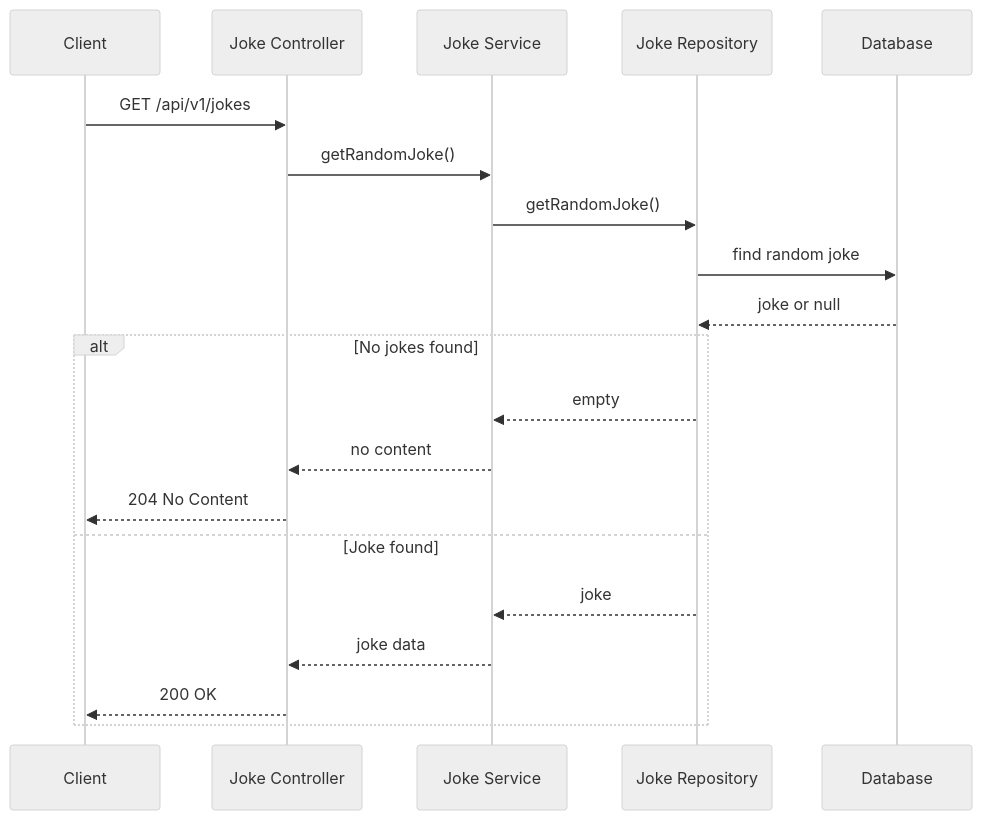
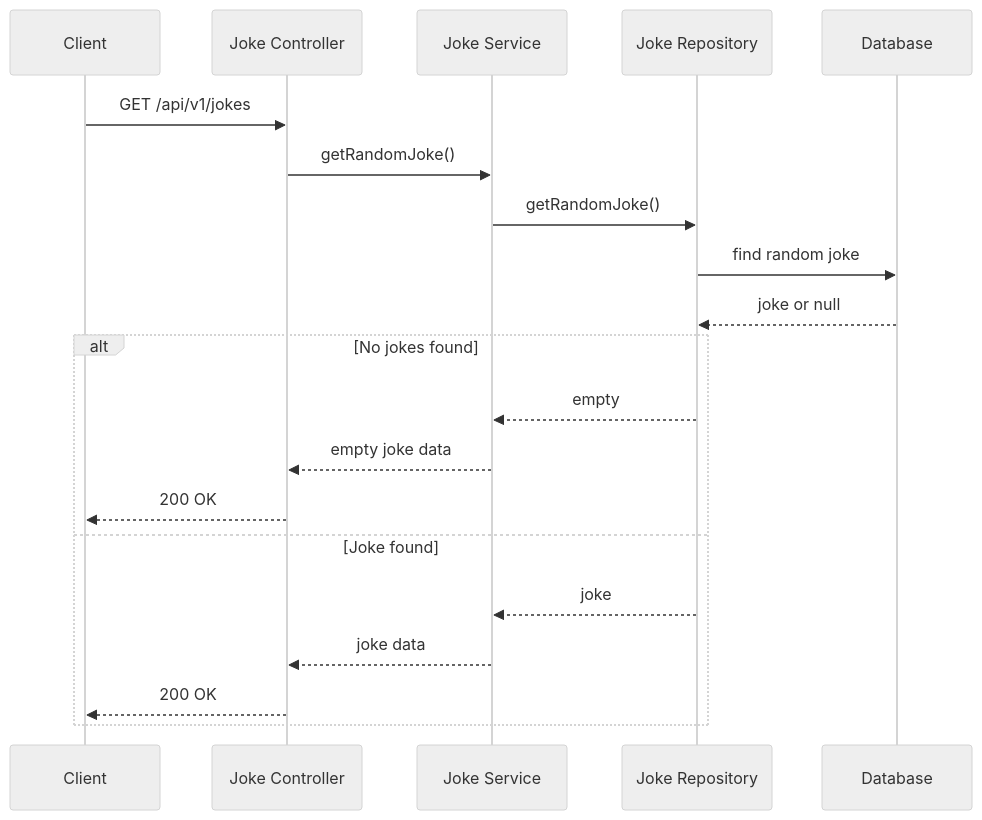
Before and after one commit to MiChillDev/sqs-project: the second of 4 diagrams in docs/readthedocs/arc42/06-runtime.md, drawn with Mermaid (neutral theme). The commit also changed other lines of this file and 8 other files, not shown here.

````diff
--- a/docs/readthedocs/arc42/06-runtime.md
+++ b/docs/readthedocs/arc42/06-runtime.md
@@ -56,24 +56,24 @@
 ```mermaid
 sequenceDiagram
     participant Client
     participant JokeController as Joke Controller
     participant JokeService as Joke Service
     participant JokeRepo as Joke Repository
     participant Database
 
     Client->>JokeController: GET /api/v1/jokes
     JokeController->>JokeService: getRandomJoke()
     JokeService->>JokeRepo: getRandomJoke()
     JokeRepo->>Database: find random joke
     Database-->>JokeRepo: joke or null
 
     alt No jokes found
         JokeRepo-->>JokeService: empty
-        JokeService-->>JokeController: no content
-        JokeController-->>Client: 204 No Content
+        JokeService-->>JokeController: empty joke data
+        JokeController-->>Client: 200 OK
     else Joke found
         JokeRepo-->>JokeService: joke
         JokeService-->>JokeController: joke data
         JokeController-->>Client: 200 OK
     end
 ```
````
